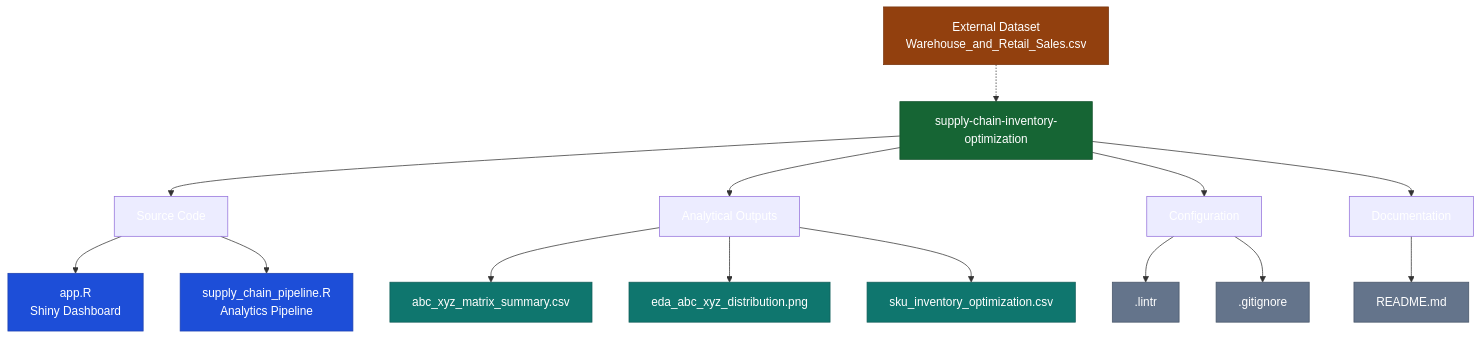
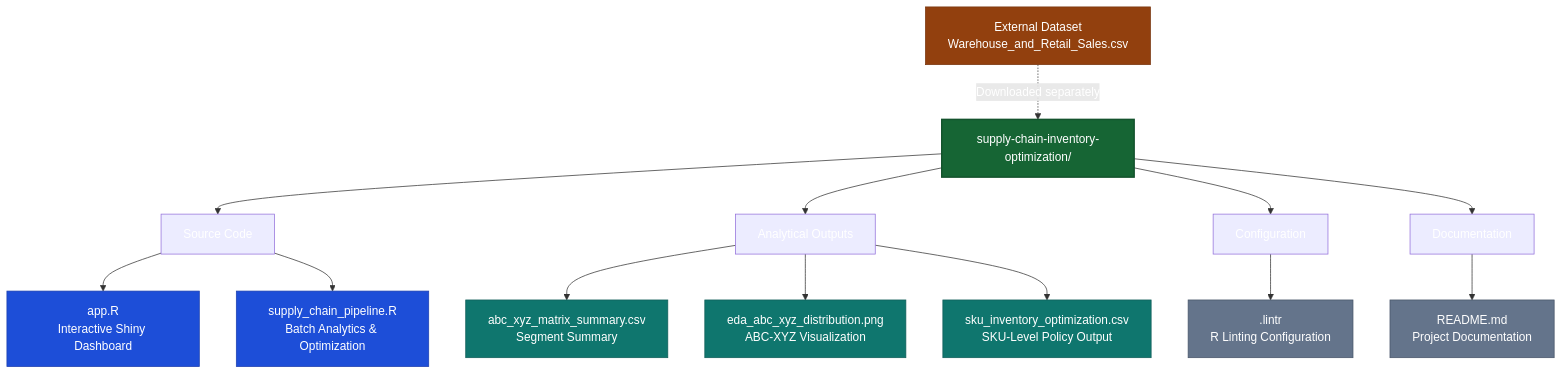
Before and after one commit to AshutoshTembhekar/supply-chain-inventory-optimization: the second of 2 diagrams in README.md, drawn with Mermaid. The commit also changed other lines of this file, not shown here.

````diff
--- a/README.md
+++ b/README.md
@@ -282,36 +309,35 @@
 ```mermaid
 flowchart TD
-    ROOT["supply-chain-inventory-optimization"]
+    ROOT["supply-chain-inventory-optimization/"]
 
     ROOT --> SRC["Source Code"]
     ROOT --> OUT["Analytical Outputs"]
     ROOT --> CFG["Configuration"]
     ROOT --> DOC["Documentation"]
 
-    SRC --> APP["app.R<br/>Shiny Dashboard"]
-    SRC --> PIPE["supply_chain_pipeline.R<br/>Analytics Pipeline"]
+    SRC --> APP["app.R<br/>Interactive Shiny Dashboard"]
+    SRC --> PIPE["supply_chain_pipeline.R<br/>Batch Analytics & Optimization"]
 
-    OUT --> CSV1["abc_xyz_matrix_summary.csv"]
-    OUT --> PNG["eda_abc_xyz_distribution.png"]
-    OUT --> CSV2["sku_inventory_optimization.csv"]
+    OUT --> SUMMARY["abc_xyz_matrix_summary.csv<br/>Segment Summary"]
+    OUT --> DIST["eda_abc_xyz_distribution.png<br/>ABC-XYZ Visualization"]
+    OUT --> SKU["sku_inventory_optimization.csv<br/>SKU-Level Policy Output"]
 
-    CFG --> LINT[".lintr"]
-    CFG --> GIT[".gitignore"]
+    CFG --> LINT[".lintr<br/>R Linting Configuration"]
 
-    DOC --> README["README.md"]
+    DOC --> README["README.md<br/>Project Documentation"]
 
     EXT["External Dataset<br/>Warehouse_and_Retail_Sales.csv"]
-    EXT -.-> ROOT
+    EXT -. "Downloaded separately" .-> ROOT
 
-    classDef root fill:#166534,color:#fff,stroke:#14532d
-    classDef source fill:#1d4ed8,color:#fff,stroke:#1e40af
-    classDef output fill:#0f766e,color:#fff,stroke:#115e59
-    classDef config fill:#64748b,color:#fff,stroke:#475569
-    classDef external fill:#92400e,color:#fff,stroke:#78350f
+    classDef root fill:#166534,color:#ffffff,stroke:#14532d,stroke-width:2px
+    classDef source fill:#1d4ed8,color:#ffffff,stroke:#1e40af
+    classDef output fill:#0f766e,color:#ffffff,stroke:#115e59
+    classDef config fill:#64748b,color:#ffffff,stroke:#475569
+    classDef external fill:#92400e,color:#ffffff,stroke:#78350f
 
     class ROOT root
     class APP,PIPE source
-    class CSV1,PNG,CSV2 output
-    class LINT,GIT,README config
+    class SUMMARY,DIST,SKU output
+    class LINT,README config
     class EXT external
 ```
````
